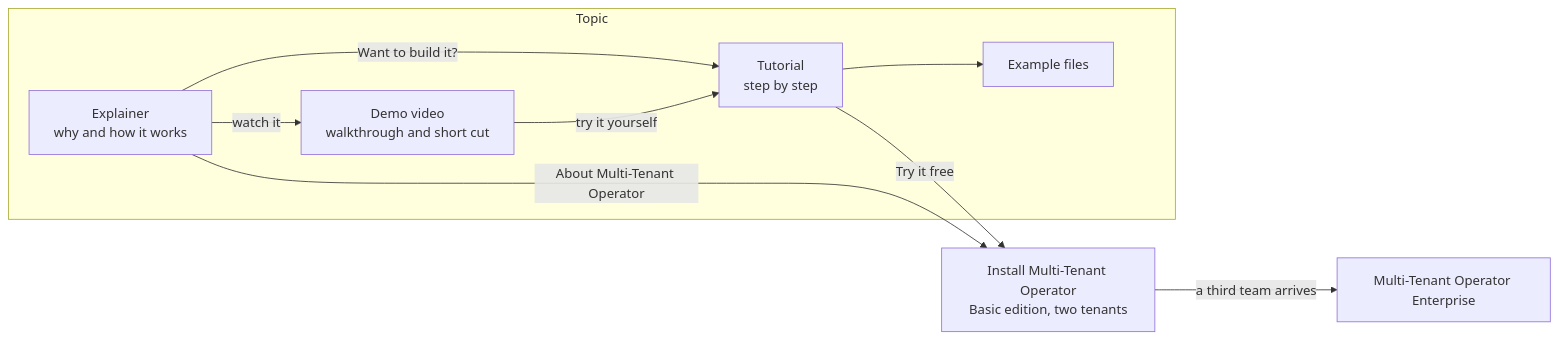
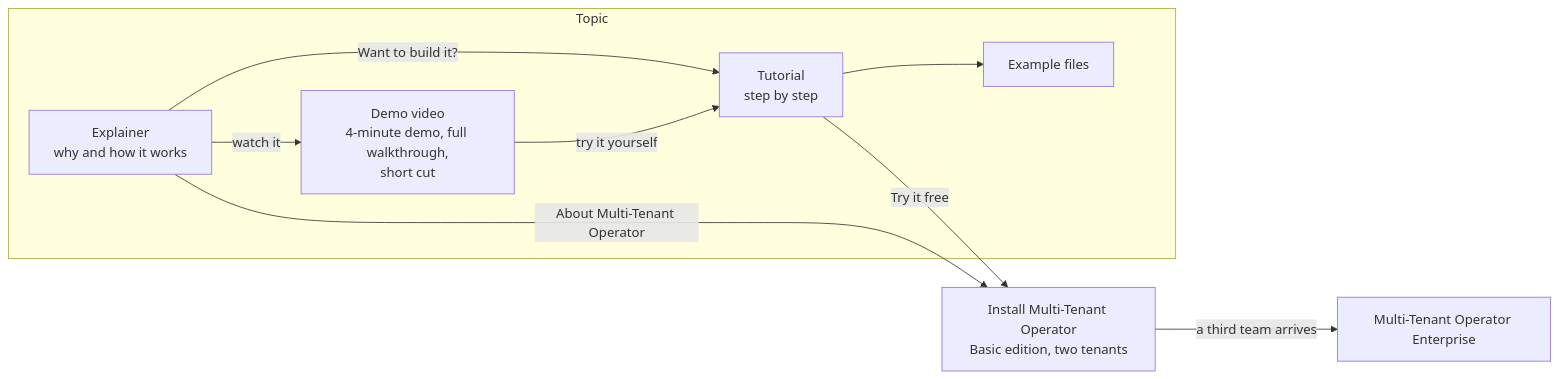
Before and after one commit to stakater/mto-blogs: the first of 2 diagrams in docs/content-strategy.md, drawn with Mermaid. The commit also changed other lines of this file and 3 other files, not shown here.

First line of the commit message:
Video: a 4-minute demo as the main cut, from one full recording

````diff
--- a/docs/content-strategy.md
+++ b/docs/content-strategy.md
@@ -42,16 +42,16 @@
 ```mermaid
 flowchart LR
     subgraph Topic
         E[Explainer<br/>why and how it works]
         T[Tutorial<br/>step by step]
-        V[Demo video<br/>walkthrough and short cut]
+        V[Demo video<br/>4-minute demo, full walkthrough,<br/>short cut]
         X[Example files]
     end
     E -->|"Want to build it?"| T
     E -->|watch it| V
     V -->|try it yourself| T
     T --> X
     T -->|"Try it free"| I[Install Multi-Tenant Operator<br/>Basic edition, two tenants]
     E -->|"About Multi-Tenant Operator"| I
     I -->|a third team arrives| EN[Multi-Tenant Operator Enterprise]
 ```
````
